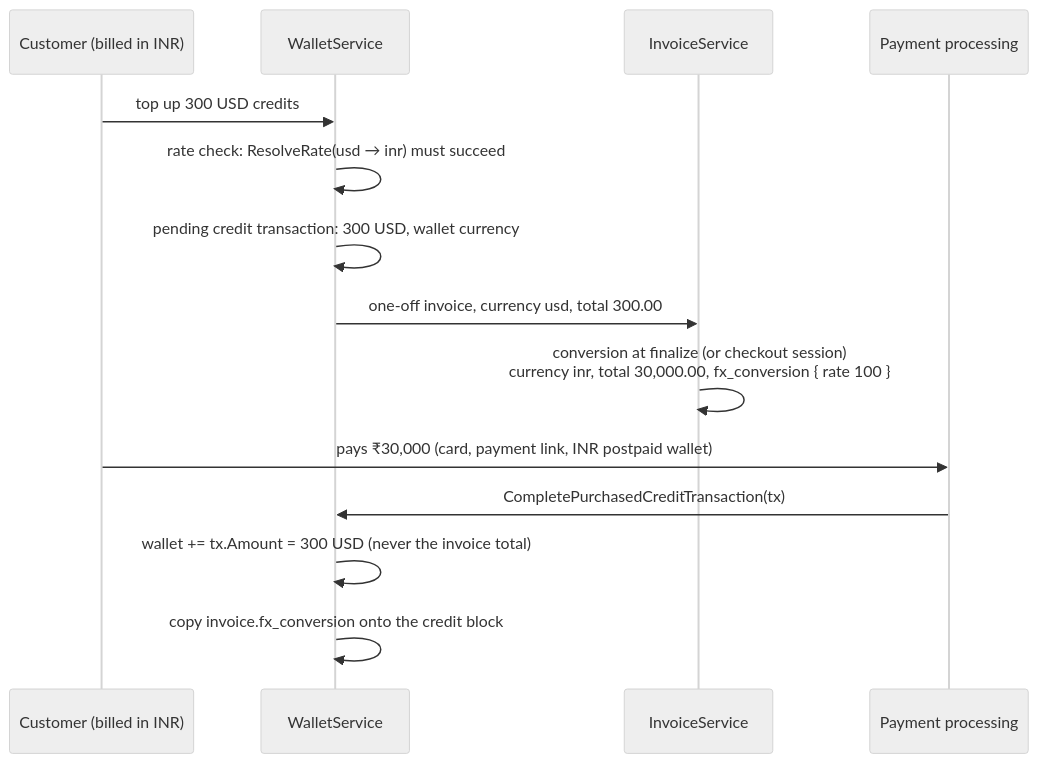
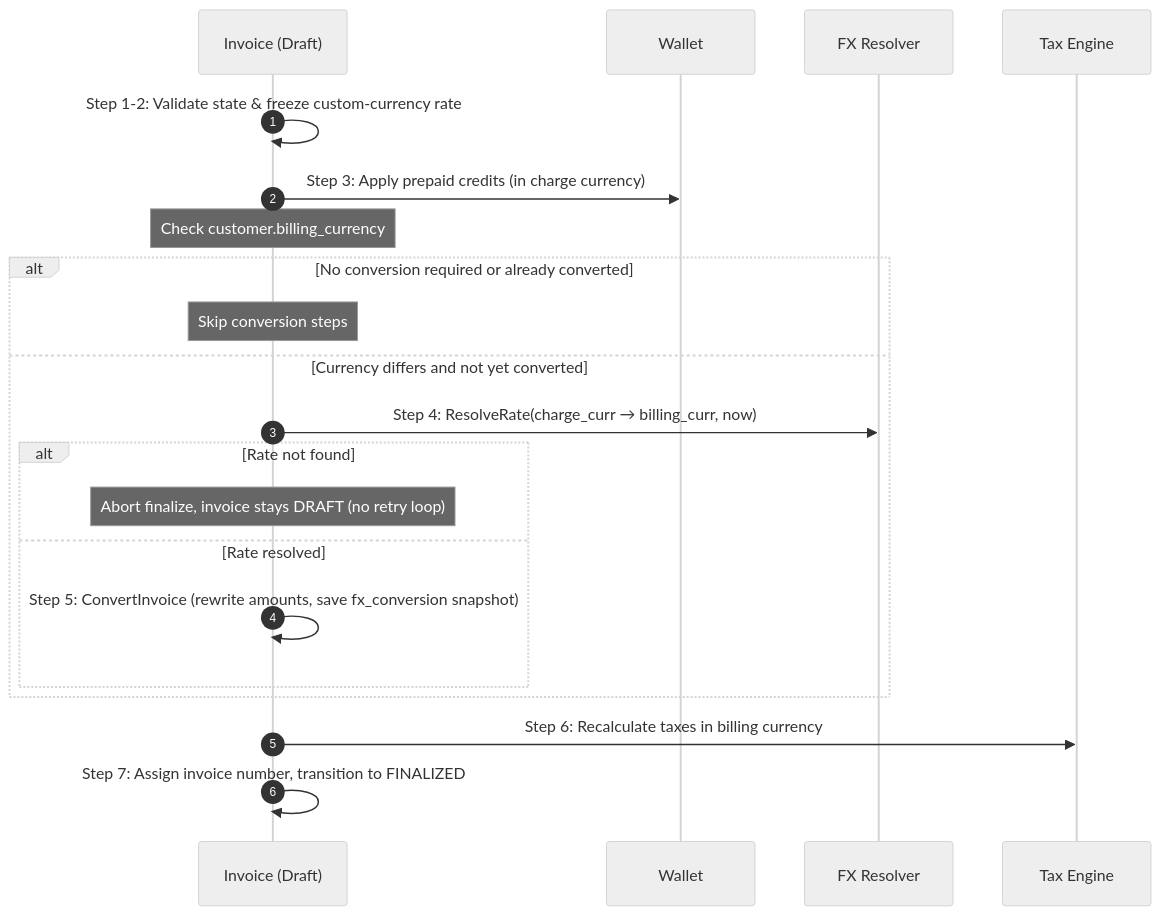
The fourth of 8 diagrams in docs/design/2026-09-26-FLE-1383-adaptive-multi-currency-erd.md (aghijap/flexprice-FLE-1411), drawn with Mermaid (neutral theme) before and after one commit. The commit also changed other lines of this file, not shown here.

Commit message:
docs(FLE-1383): author edits — tenant scope, rate validity windows, line original amounts, wallets unchanged

````diff
--- a/docs/design/2026-09-26-FLE-1383-adaptive-multi-currency-erd.md
+++ b/docs/design/2026-09-26-FLE-1383-adaptive-multi-currency-erd.md
@@ -694,16 +360,24 @@
 ```mermaid
 sequenceDiagram
-    participant Cu as Customer (billed in INR)
-    participant W as WalletService
-    participant Inv as InvoiceService
-    participant Pay as Payment processing
-    Cu->>W: top up 300 USD credits
-    W->>W: rate check: ResolveRate(usd → inr) must succeed
-    W->>W: pending credit transaction: 300 USD, wallet currency
-    W->>Inv: one-off invoice, currency usd, total 300.00
-    Inv->>Inv: conversion at finalize (or checkout session)<br/>currency inr, total 30,000.00, fx_conversion { rate 100 }
-    Cu->>Pay: pays ₹30,000 (card, payment link, INR postpaid wallet)
-    Pay->>W: CompletePurchasedCreditTransaction(tx)
-    W->>W: wallet += tx.Amount = 300 USD (never the invoice total)
-    W->>W: copy invoice.fx_conversion onto the credit block
+    autonumber
+    participant Inv as Invoice (Draft)
+    participant W as Wallet
+    participant FX as FX Resolver
+    participant Tax as Tax Engine
+
+    Inv->>Inv: Step 1-2: Validate state & freeze custom-currency rate
+    Inv->>W: Step 3: Apply prepaid credits (in charge currency)
+    Note over Inv: Check customer.billing_currency
+    alt No conversion required or already converted
+        Note over Inv: Skip conversion steps
+    else Currency differs and not yet converted
+        Inv->>FX: Step 4: ResolveRate(charge_curr → billing_curr, now)
+        alt Rate not found
+            Note over Inv: Abort finalize, invoice stays DRAFT (no retry loop)
+        else Rate resolved
+            Inv->>Inv: Step 5: ConvertInvoice (rewrite amounts, save fx_conversion snapshot)
+        end
+    end
+    Inv->>Tax: Step 6: Recalculate taxes in billing currency
+    Inv->>Inv: Step 7: Assign invoice number, transition to FINALIZED
 ```
````
